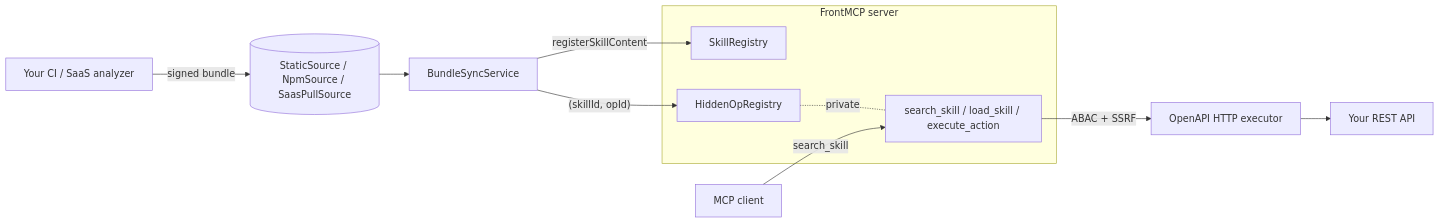
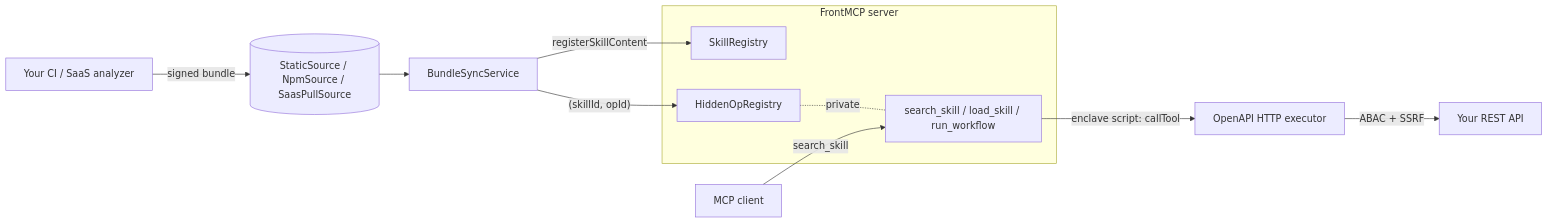
The diagram in docs/frontmcp/plugins/skilled-openapi/overview.mdx (agentfront/frontmcp), drawn with Mermaid before and after one commit. The commit also changed other lines of this file and 185 other files, not shown here.

````diff
--- a/docs/frontmcp/plugins/skilled-openapi/overview.mdx
+++ b/docs/frontmcp/plugins/skilled-openapi/overview.mdx
@@ -43,18 +43,18 @@
 ```mermaid
 flowchart LR
   CI[Your CI / SaaS analyzer] -- signed bundle --> Source[(StaticSource / NpmSource / SaasPullSource)]
   Source --> Sync[BundleSyncService]
   Sync -- registerSkillContent --> SkillRegistry
   Sync -- (skillId, opId) --> Hidden[HiddenOpRegistry]
 
   subgraph FrontMCP server
     SkillRegistry
     Hidden
-    Meta[search_skill / load_skill / execute_action]
+    Meta[search_skill / load_skill / run_workflow]
     Hidden -.private.- Meta
   end
 
   Client[MCP client] -- search_skill --> Meta
-  Meta -- ABAC + SSRF --> Exec[OpenAPI HTTP executor]
-  Exec --> Customer[Your REST API]
+  Meta -- enclave script: callTool --> Exec[OpenAPI HTTP executor]
+  Exec -- ABAC + SSRF --> Customer[Your REST API]
 ```
````
